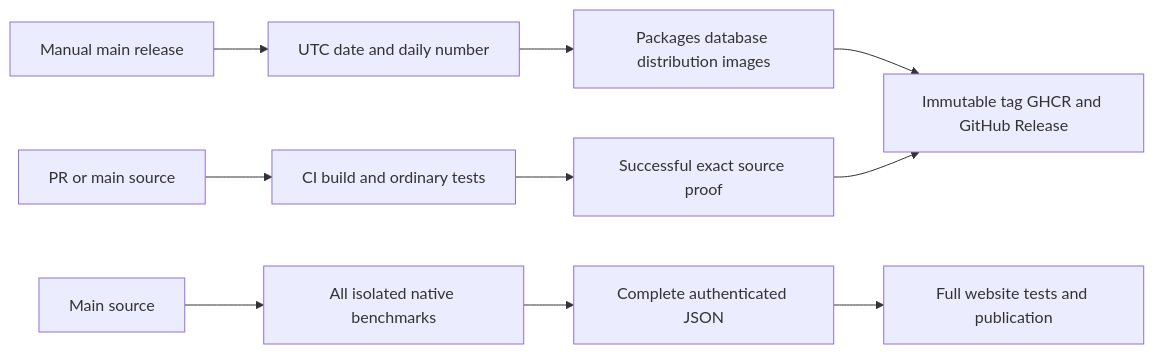
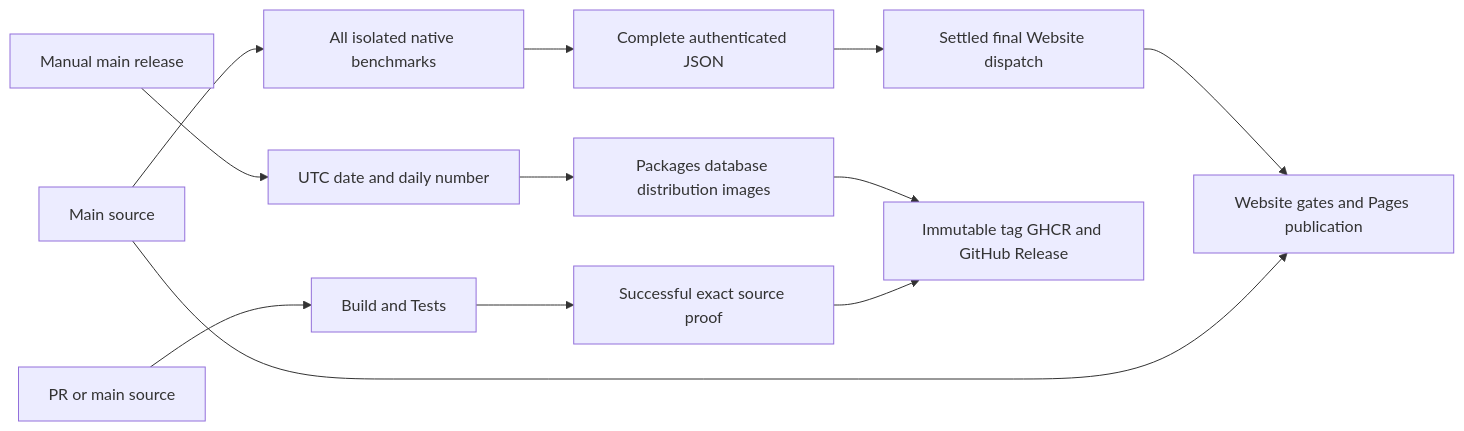
Diagram 41 of 44 in docs/Architecture.md (managedcode/KeyLoad), drawn with Mermaid before and after one commit. The commit also changed other lines of this file and 440 other files, not shown here.

````diff
--- a/docs/Architecture.md
+++ b/docs/Architecture.md
@@ -1056,12 +1029,14 @@
 ```mermaid
 flowchart LR
-    Source[PR or main source] --> CI[CI build and ordinary tests]
+    Source[PR or main source] --> CI[Build and Tests]
     Main[Main source] --> Benchmarks[All isolated native benchmarks]
     Benchmarks --> Aggregate[Complete authenticated JSON]
-    Aggregate --> Site[Full website tests and publication]
+    Aggregate --> Dispatch[Settled final Website dispatch]
+    Dispatch --> Site[Website gates and Pages publication]
+    Main --> Site
     Manual[Manual main release] --> Reserve[UTC date and daily number]
     Reserve --> Build[Packages database distribution images]
     CI --> Gate[Successful exact source proof]
     Build --> Publish[Immutable tag GHCR and GitHub Release]
     Gate --> Publish
 ```
````
